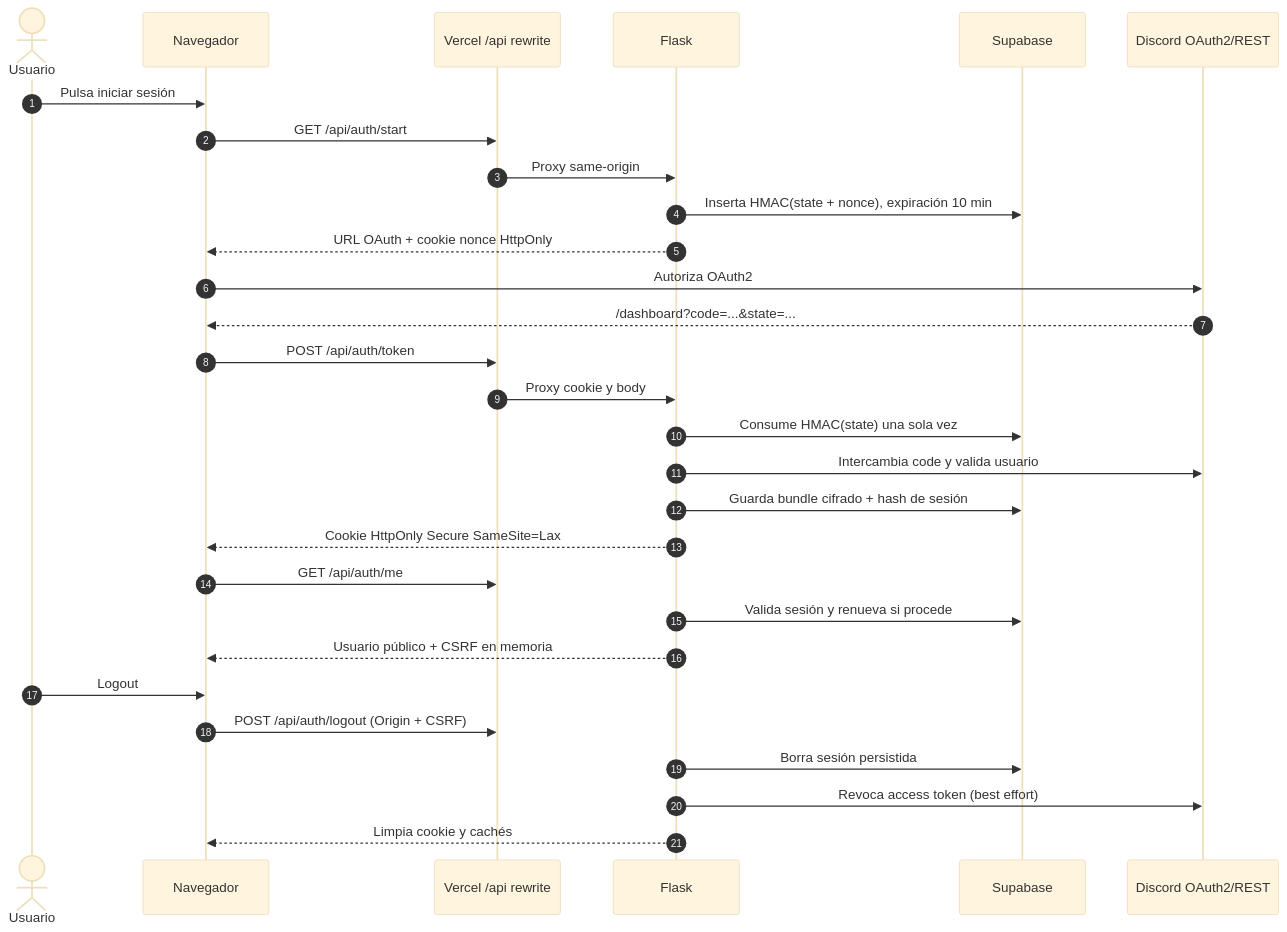
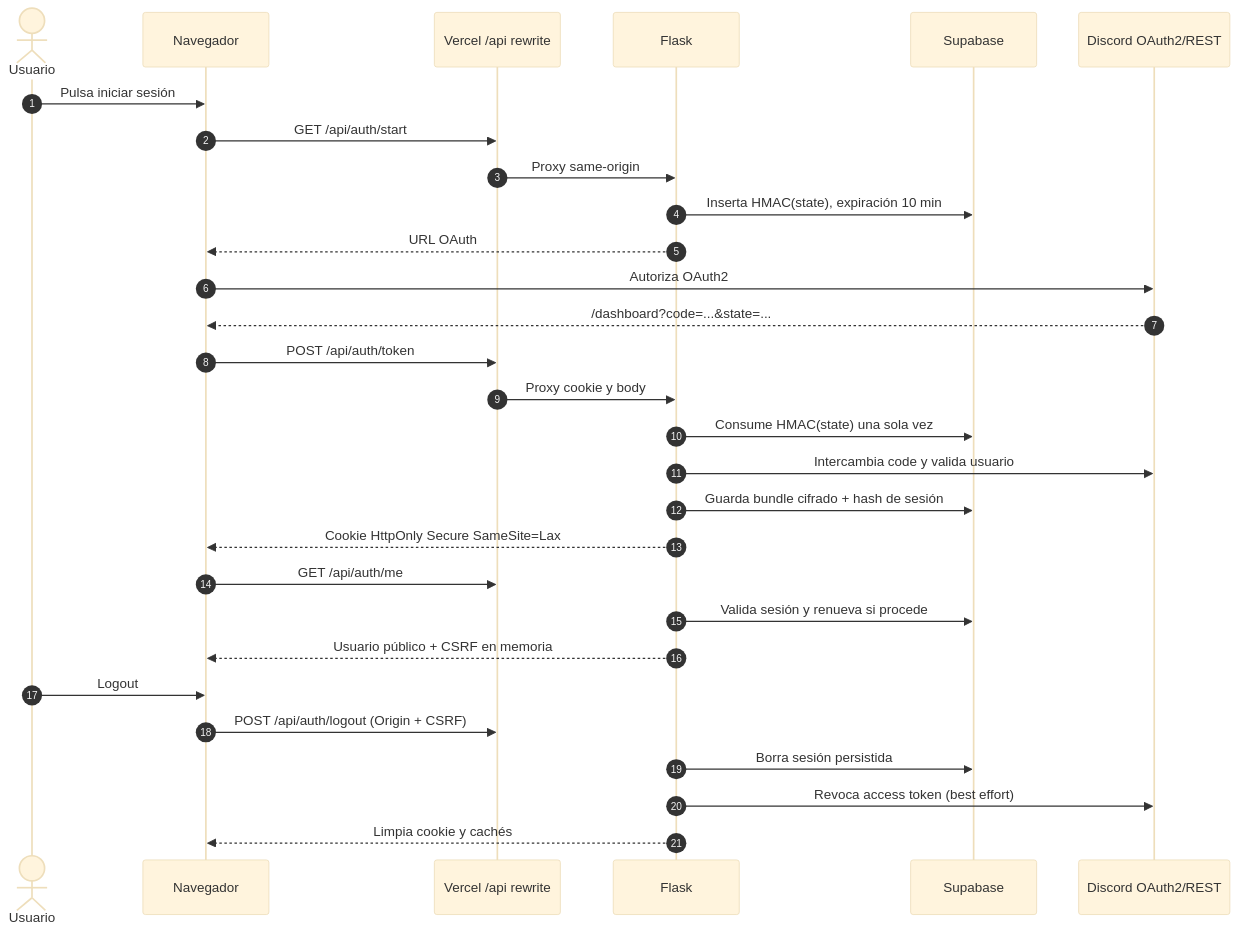
One commit to ParedesYTecho/Skullboard changed the third of 4 diagrams in docs/ARCHITECTURE.md. Above: the diagram before and after it, drawn with Mermaid (base theme). The commit also changed other lines of this file and 8 other files, not shown here.

````diff
--- a/docs/ARCHITECTURE.md
+++ b/docs/ARCHITECTURE.md
@@ -180,32 +179,32 @@
 ```mermaid
 sequenceDiagram
     autonumber
     actor User as Usuario
     participant Web as Navegador
     participant Vercel as Vercel /api rewrite
     participant Flask as Flask
     participant Supa as Supabase
     participant Discord as Discord OAuth2/REST
 
     User->>Web: Pulsa iniciar sesión
     Web->>Vercel: GET /api/auth/start
     Vercel->>Flask: Proxy same-origin
-    Flask->>Supa: Inserta HMAC(state + nonce), expiración 10 min
-    Flask-->>Web: URL OAuth + cookie nonce HttpOnly
+    Flask->>Supa: Inserta HMAC(state), expiración 10 min
+    Flask-->>Web: URL OAuth
     Web->>Discord: Autoriza OAuth2
     Discord-->>Web: /dashboard?code=...&state=...
     Web->>Vercel: POST /api/auth/token
     Vercel->>Flask: Proxy cookie y body
     Flask->>Supa: Consume HMAC(state) una sola vez
     Flask->>Discord: Intercambia code y valida usuario
     Flask->>Supa: Guarda bundle cifrado + hash de sesión
     Flask-->>Web: Cookie HttpOnly Secure SameSite=Lax
     Web->>Vercel: GET /api/auth/me
     Flask->>Supa: Valida sesión y renueva si procede
     Flask-->>Web: Usuario público + CSRF en memoria
     User->>Web: Logout
     Web->>Vercel: POST /api/auth/logout (Origin + CSRF)
     Flask->>Supa: Borra sesión persistida
     Flask->>Discord: Revoca access token (best effort)
     Flask-->>Web: Limpia cookie y cachés
 ```
````
